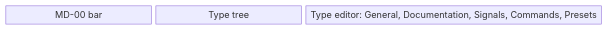
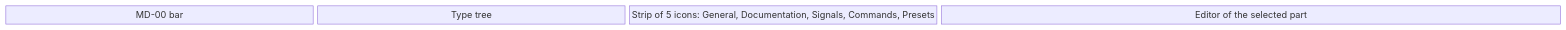
Before and after one commit to AlexandreGallais/synoptic-studio-spec: the first of 13 diagrams in screens/metadata.md, drawn with Mermaid. The commit also changed other lines of this file and 10 other files, not shown here.

First line of the commit message:
docs(spec): settle type parts strip, right-click delete and input-only commands

````diff
--- a/screens/metadata.md
+++ b/screens/metadata.md
@@ -27,5 +27,5 @@
 ```mermaid
 block-beta
-    columns 4
-    rail["MD-00 bar"] tree["Type tree"] editor["Type editor: General, Documentation, Signals, Commands, Presets"]:2
+    columns 5
+    rail["MD-00 bar"] tree["Type tree"] strip["Strip of 5 icons: General, Documentation, Signals, Commands, Presets"] editor["Editor of the selected part"]:2
 ```
````
